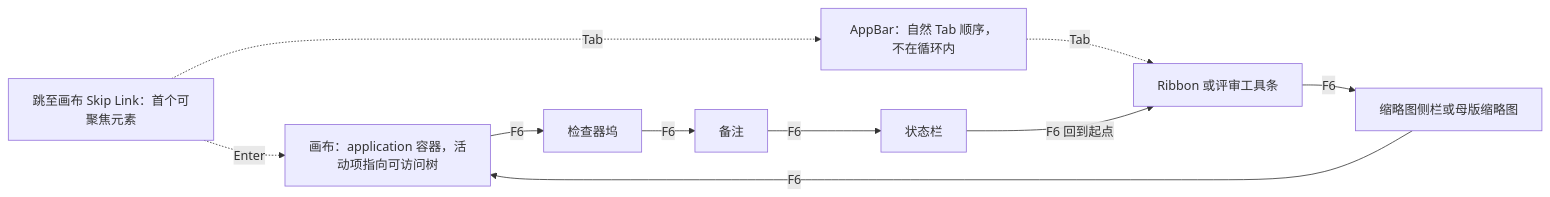
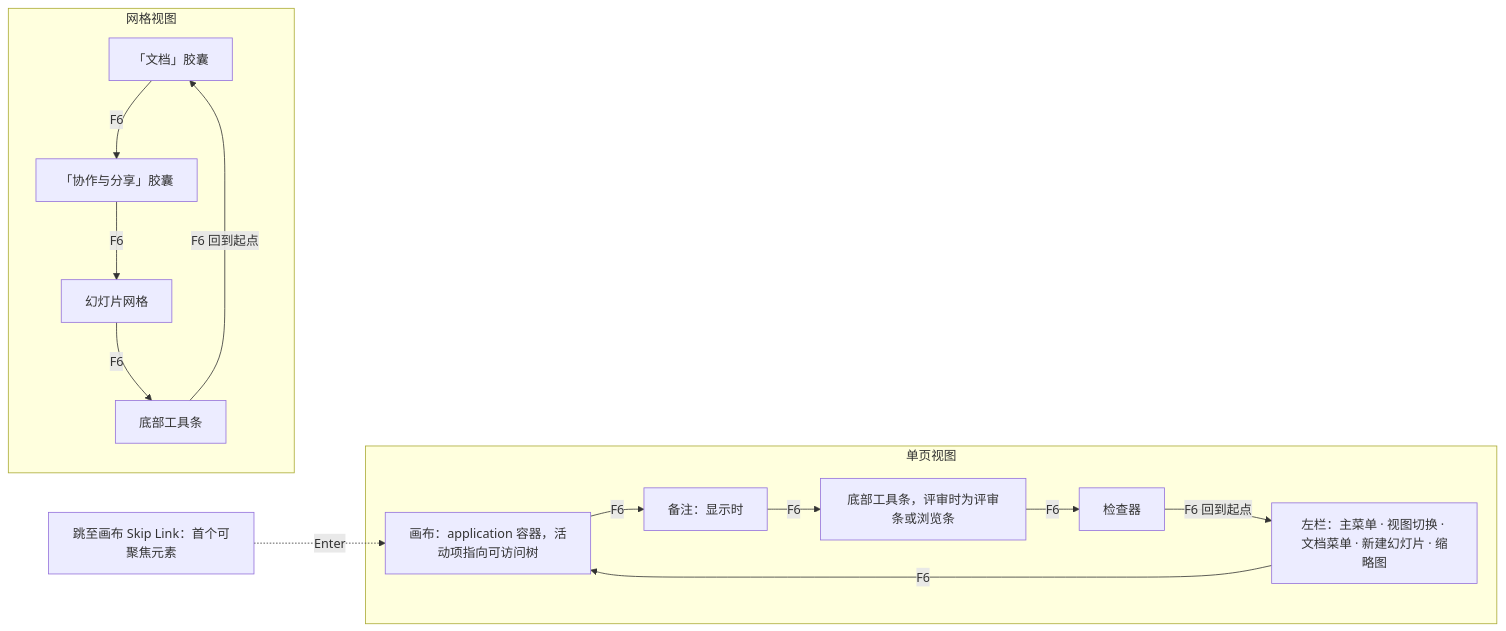
One commit to Xeonice/cordis-ppt-editor changed the second of 5 diagrams in docs/50-frontend/16-i18n-and-accessibility.md. Above: the diagram before and after it, drawn with Mermaid. The commit also changed other lines of this file and 25 other files, not shown here.

````diff
--- a/docs/50-frontend/16-i18n-and-accessibility.md
+++ b/docs/50-frontend/16-i18n-and-accessibility.md
@@ -152,16 +228,22 @@
 ```mermaid
 flowchart LR
   skip["跳至画布 Skip Link：首个可聚焦元素"]
-  appbar["AppBar：自然 Tab 顺序，不在循环内"]
-  ribbon["Ribbon 或评审工具条"]
-  rail["缩略图侧栏或母版缩略图"]
-  canvas["画布：application 容器，活动项指向可访问树"]
-  inspector["检查器坞"]
-  notes["备注"]
-  status["状态栏"]
+  subgraph single["单页视图"]
+    rail["左栏：主菜单 · 视图切换 · 文档菜单 · 新建幻灯片 · 缩略图"]
+    canvas["画布：application 容器，活动项指向可访问树"]
+    notes["备注：显示时"]
+    tbar["底部工具条，评审时为评审条或浏览条"]
+    insp["检查器"]
+  end
+  subgraph grid["网格视图"]
+    capL["「文档」胶囊"]
+    capR["「协作与分享」胶囊"]
+    gridArea["幻灯片网格"]
+    tbar2["底部工具条"]
+  end
   skip -.->|"Enter"| canvas
-  skip -.->|"Tab"| appbar
-  appbar -.->|"Tab"| ribbon
-  ribbon -->|"F6"| rail -->|"F6"| canvas -->|"F6"| inspector -->|"F6"| notes -->|"F6"| status
-  status -->|"F6 回到起点"| ribbon
+  rail -->|"F6"| canvas -->|"F6"| notes -->|"F6"| tbar -->|"F6"| insp
+  insp -->|"F6 回到起点"| rail
+  capL -->|"F6"| capR -->|"F6"| gridArea -->|"F6"| tbar2
+  tbar2 -->|"F6 回到起点"| capL
 ```
````
